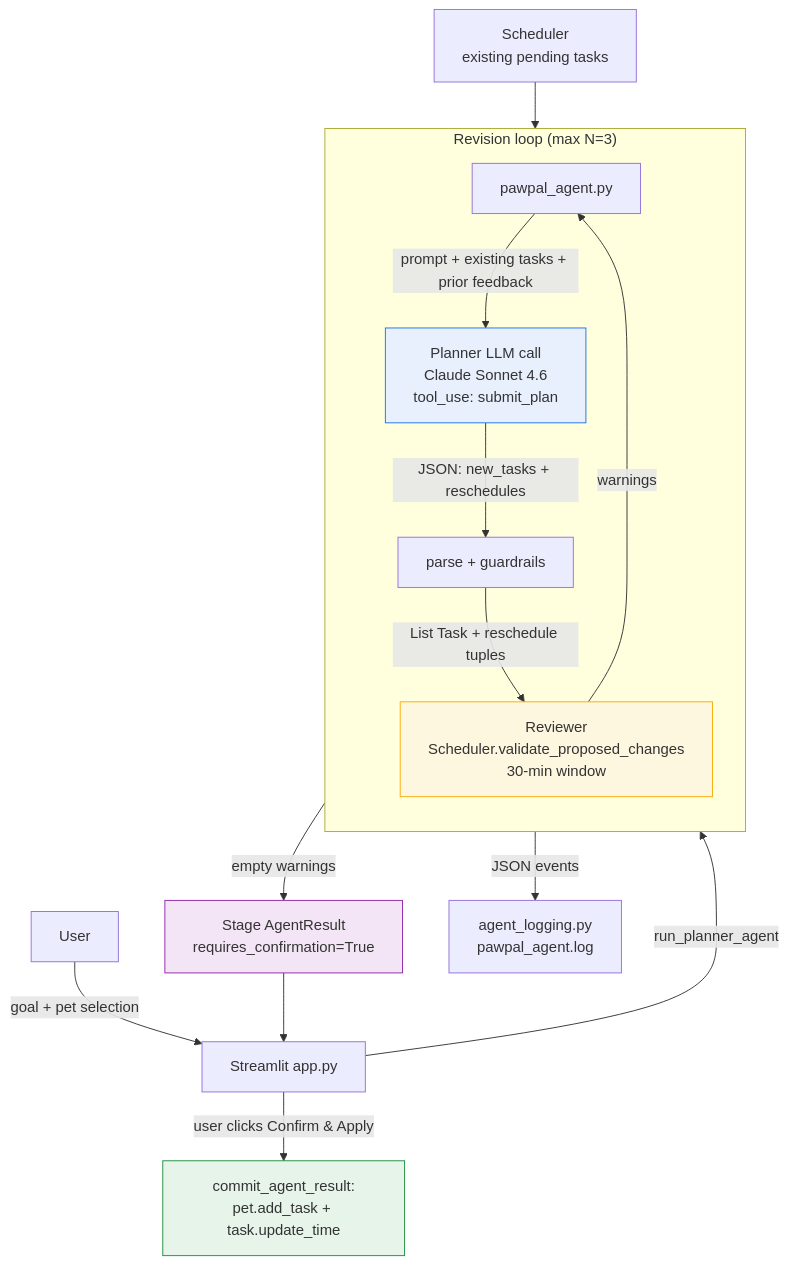
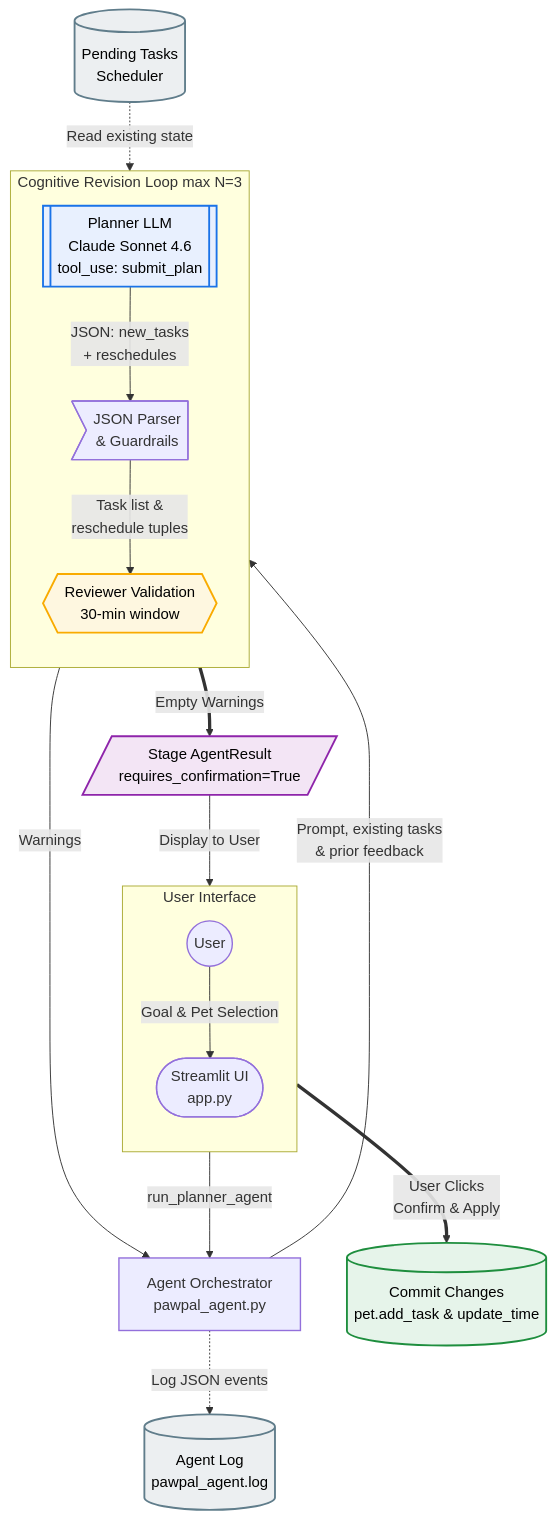
The diagram in assets/architecture.mmd (Iamdk25/applied-ai-system-pawpal), drawn with Mermaid before and after one commit. The commit also changed 4 other files, not shown here.

Commit message:
refactor: enhance security with expanded prompt injection guardrails and improve UI feedback for rejected goals

```diff
--- a/assets/architecture.mmd
+++ b/assets/architecture.mmd
@@ -1,23 +1,60 @@
 flowchart TB
-    User[User] -->|goal + pet selection| UI[Streamlit app.py]
-    UI -->|run_planner_agent| Agent[pawpal_agent.py]
+    %% --- Node Definitions with Semantic Shapes ---
+    User((User))
+    UI([Streamlit UI<br/>app.py])
+    Agent[Agent Orchestrator<br/>pawpal_agent.py]
+    
+    Stage[/Stage AgentResult<br/>requires_confirmation=True/]
+    Commit[(Commit Changes<br/>pet.add_task & update_time)]
+    
+    Logger[(Agent Log<br/>pawpal_agent.log)]
+    Existing[(Pending Tasks<br/>Scheduler)]
 
-    subgraph Loop ["Revision loop (max N=3)"]
-      direction TB
-      Agent -->|prompt + existing tasks + prior feedback| Planner["Planner LLM call<br/>Claude Sonnet 4.6<br/>tool_use: submit_plan"]
-      Planner -->|JSON: new_tasks + reschedules| Parser["parse + guardrails"]
-      Parser -->|List Task + reschedule tuples| Reviewer["Reviewer<br/>Scheduler.validate_proposed_changes<br/>30-min window"]
-      Reviewer -->|warnings| Agent
+    %% --- Subgraphs for Logical Grouping ---
+    subgraph Frontend [User Interface]
+        direction TB
+        User
+        UI
     end
 
-    Reviewer -->|empty warnings| Stage["Stage AgentResult<br/>requires_confirmation=True"]
-    Stage --> UI
-    UI -->|user clicks Confirm & Apply| Commit["commit_agent_result:<br/>pet.add_task + task.update_time"]
-    Agent -->|JSON events| Logger["agent_logging.py<br/>pawpal_agent.log"]
+    subgraph RevisionLoop [Cognitive Revision Loop max N=3]
+        direction TB
+        Planner[[Planner LLM<br/>Claude Sonnet 4.6<br/>tool_use: submit_plan]]
+        Parser>JSON Parser<br/>& Guardrails]
+        Reviewer{{Reviewer Validation<br/>30-min window}}
+    end
 
-    Existing["Scheduler<br/>existing pending tasks"] --> Reviewer
+    %% --- Main Control Flow ---
+    User -->|Goal & Pet Selection| UI
+    UI -->|run_planner_agent| Agent
+    
+    Agent -->|Prompt, existing tasks<br/>& prior feedback| Planner
+    Planner -->|JSON: new_tasks<br/>+ reschedules| Parser
+    Parser -->|Task list &<br/>reschedule tuples| Reviewer
+    
+    %% Loop Logic
+    Reviewer -->|Warnings| Agent
+    Reviewer ==>|Empty Warnings| Stage
+    
+    %% Return to UI & Commit
+    Stage -->|Display to User| UI
+    UI ==>|User Clicks<br/>Confirm & Apply| Commit
 
-    style Planner fill:#e8f0fe,stroke:#1a73e8
-    style Reviewer fill:#fef7e0,stroke:#f9ab00
-    style Commit fill:#e6f4ea,stroke:#1e8e3e
-    style Stage fill:#f3e5f5,stroke:#8e24aa
+    %% --- Background Data & Logging Flow (Dashed) ---
+    Existing -.->|Read existing state| Reviewer
+    Agent -.->|Log JSON events| Logger
+
+    %% --- Styling Classes ---
+    classDef llm fill:#e8f0fe,stroke:#1a73e8,stroke-width:2px,color:#000
+    classDef validator fill:#fef7e0,stroke:#f9ab00,stroke-width:2px,color:#000
+    classDef success fill:#e6f4ea,stroke:#1e8e3e,stroke-width:2px,color:#000
+    classDef stage fill:#f3e5f5,stroke:#8e24aa,stroke-width:2px,color:#000
+    classDef storage fill:#eceff1,stroke:#607d8b,stroke-width:2px,color:#000
+    classDef default stroke-width:1.5px
+
+    %% Apply Styles
+    class Planner llm;
+    class Reviewer validator;
+    class Commit success;
+    class Stage stage;
+    class Logger,Existing storage;
```
